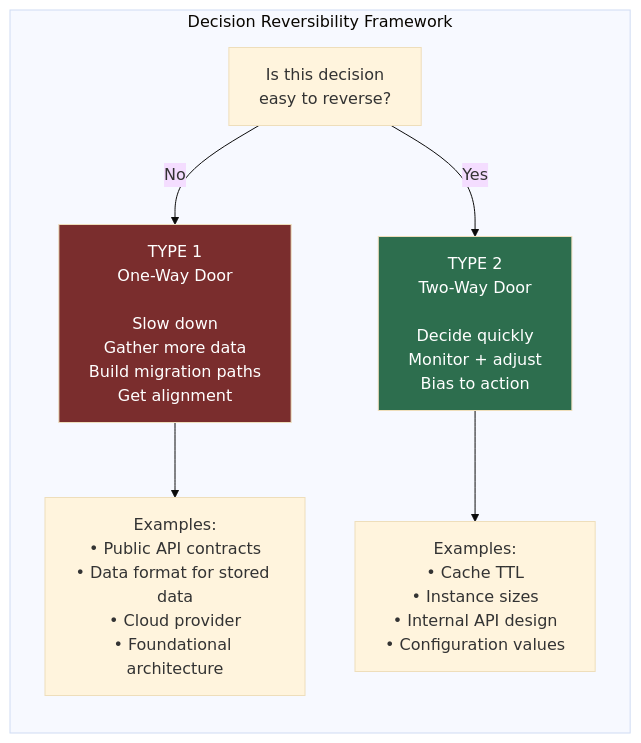
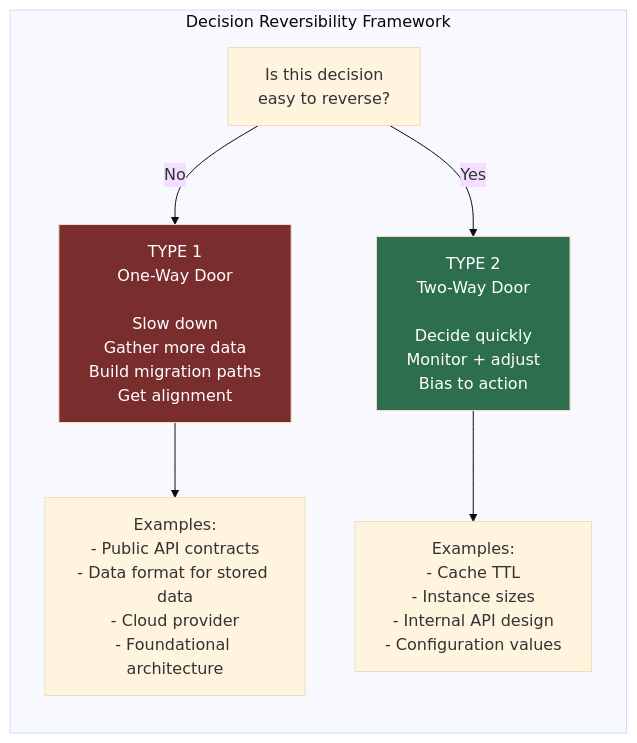
Before and after one commit to ranjeetnegi/System-Design-for-Staff-SWE: the fourth of 14 diagrams in Section1/Chapter_11_Trade_offs_Constraints_and_Decision_Making.md, drawn with Mermaid (base theme). The commit also changed other lines of this file and 11 other files, not shown here.

````diff
--- a/Section1/Chapter_11_Trade_offs_Constraints_and_Decision_Making.md
+++ b/Section1/Chapter_11_Trade_offs_Constraints_and_Decision_Making.md
@@ -404,24 +404,24 @@
 ```mermaid
 flowchart LR
     subgraph "Decision Reversibility Framework"
         direction TB
         
         Q["Is this decision\neasy to reverse?"]
         
         T2["TYPE 2\nTwo-Way Door\n\nDecide quickly\nMonitor + adjust\nBias to action"]
         
         T1["TYPE 1\nOne-Way Door\n\nSlow down\nGather more data\nBuild migration paths\nGet alignment"]
         
         Q -->|"Yes"| T2
         Q -->|"No"| T1
         
-        T1E["Examples:\n• Public API contracts\n• Data format for stored data\n• Cloud provider\n• Foundational architecture"]
-        T2E["Examples:\n• Cache TTL\n• Instance sizes\n• Internal API design\n• Configuration values"]
+        T1E["Examples:\n- Public API contracts\n- Data format for stored data\n- Cloud provider\n- Foundational architecture"]
+        T2E["Examples:\n- Cache TTL\n- Instance sizes\n- Internal API design\n- Configuration values"]
         
         T1 --> T1E
         T2 --> T2E
     end
     
     style T2 fill:#2d6e4e,color:#fff
     style T1 fill:#7a2d2d,color:#fff
 ```
````
